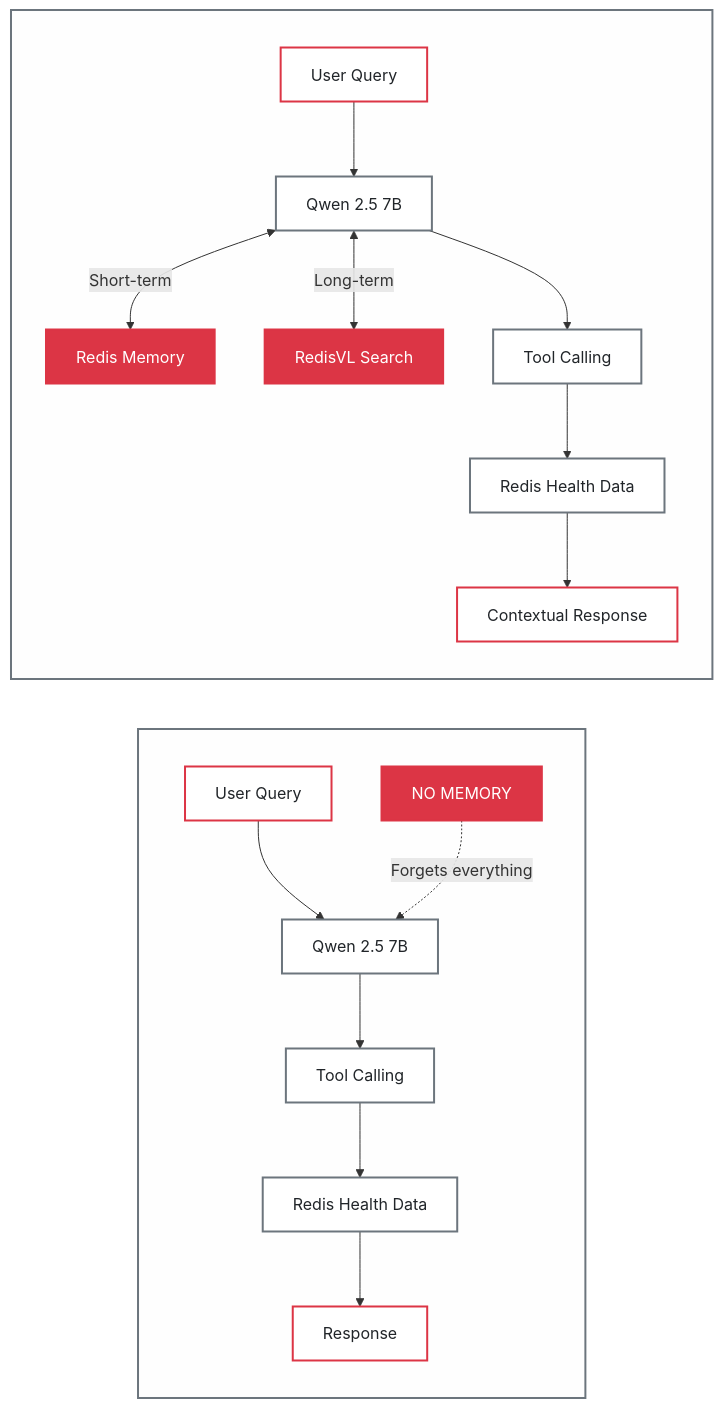
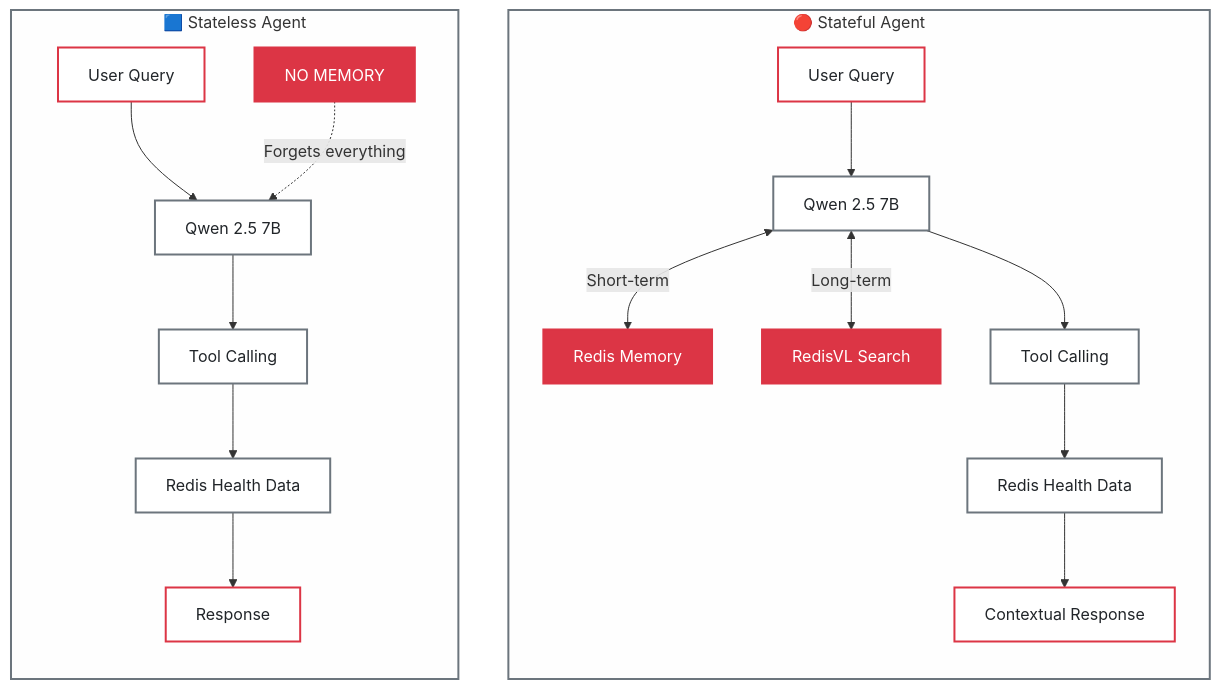
The diagram in README.md (AllieRays/redis-wellness), drawn with Mermaid before and after one commit. The commit also changed other lines of this file, not shown here.

````diff
--- a/README.md
+++ b/README.md
@@ -75,47 +63,49 @@
 ```mermaid
 flowchart LR
-    subgraph stateless[" "]
+    subgraph stateless["🟦 Stateless Agent"]
         direction TB
         S1["User Query"]:::start
         S2["Qwen 2.5 7B"]:::agent
         S3["Tool Calling"]:::tool
         S4["Redis Health Data"]:::data
         S5["Response"]:::response
         S6["NO MEMORY"]:::nomem
 
         S1 --> S2
         S2 --> S3
         S3 --> S4
         S4 --> S5
         S6 -."Forgets everything".-> S2
     end
 
-    subgraph stateful[" "]
+    stateless ~~~ stateful
+
+    subgraph stateful["🔴 Stateful Agent"]
         direction TB
         T1["User Query"]:::start
         T2["Qwen 2.5 7B"]:::agent
         T3["Redis Memory"]:::memory
         T4["RedisVL Search"]:::memory
         T5["Tool Calling"]:::tool
         T6["Redis Health Data"]:::data
         T7["Contextual Response"]:::response
 
         T1 --> T2
         T2 <-->|"Short-term"| T3
         T2 <-->|"Long-term"| T4
         T2 --> T5
         T5 --> T6
         T6 --> T7
     end
 
     classDef start fill:#fff,stroke:#dc3545,stroke-width:2px,color:#212529
     classDef agent fill:#fff,stroke:#6c757d,stroke-width:2px,color:#212529
     classDef tool fill:#fff,stroke:#6c757d,stroke-width:2px,color:#212529
     classDef data fill:#fff,stroke:#6c757d,stroke-width:2px,color:#212529
     classDef response fill:#fff,stroke:#dc3545,stroke-width:2px,color:#212529
     classDef nomem fill:#dc3545,stroke:#dc3545,stroke-width:2px,color:#fff
     classDef memory fill:#dc3545,stroke:#dc3545,stroke-width:2px,color:#fff
 
     style stateless fill:#fefefe,stroke:#6c757d,stroke-width:2px
     style stateful fill:#fefefe,stroke:#6c757d,stroke-width:2px
 ```
````
